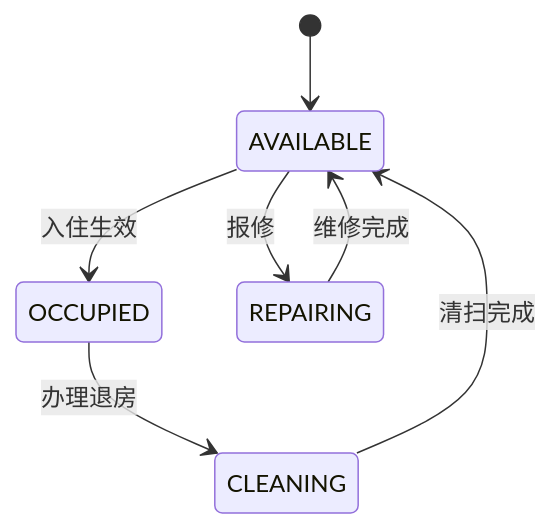
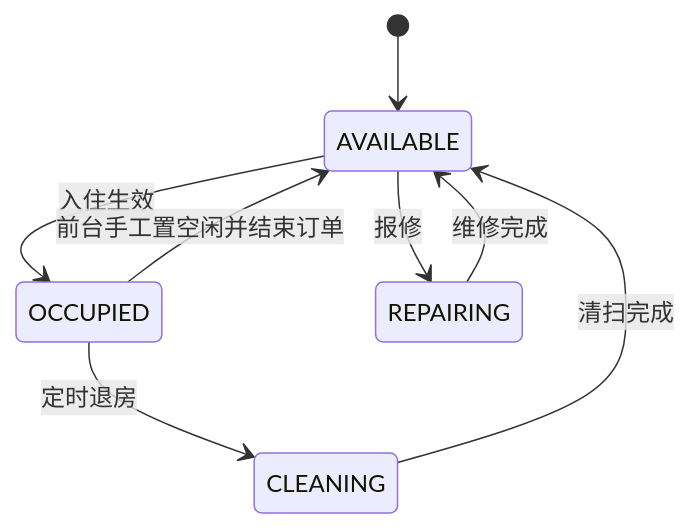
The sixth of 8 diagrams in docs/architecture.md (Attacker687/HotelSystemBackend), drawn with Mermaid before and after one commit. The commit also changed other lines of this file and 35 other files, not shown here.

````diff
--- a/docs/architecture.md
+++ b/docs/architecture.md
@@ -209,9 +208,10 @@
 ```mermaid
 stateDiagram-v2
     [*] --> AVAILABLE
     AVAILABLE --> OCCUPIED: 入住生效
-    OCCUPIED --> CLEANING: 办理退房
+    OCCUPIED --> CLEANING: 定时退房
+    OCCUPIED --> AVAILABLE: 前台手工置空闲并结束订单
     CLEANING --> AVAILABLE: 清扫完成
     AVAILABLE --> REPAIRING: 报修
     REPAIRING --> AVAILABLE: 维修完成
 ```
````
